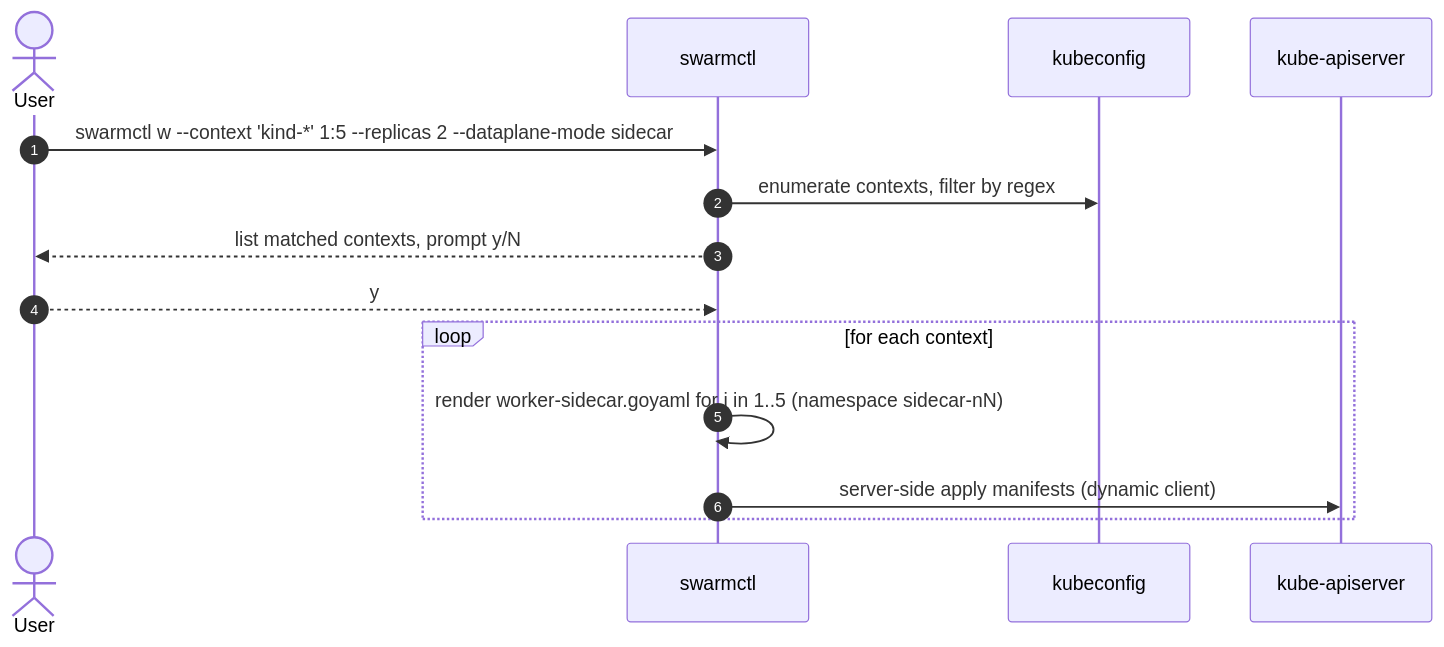
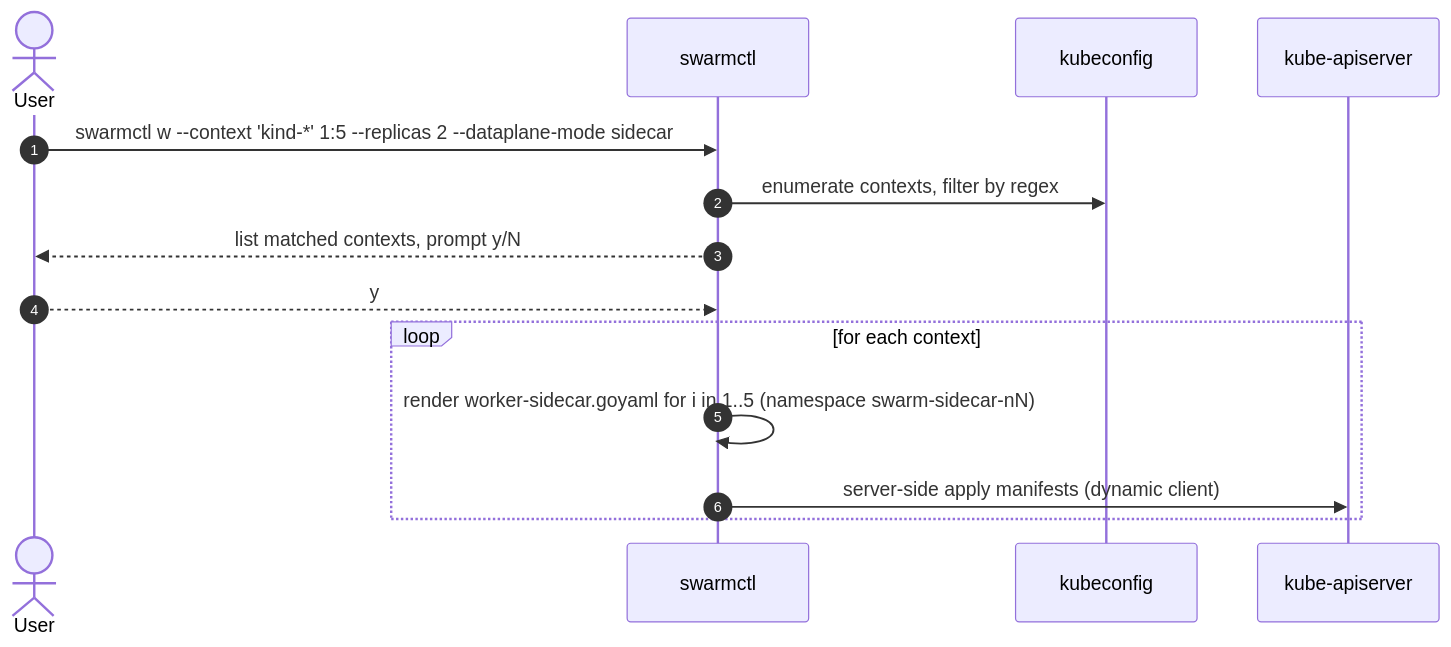
One commit to h0tbird/k-swarm changed the second of 6 diagrams in docs/architecture.md. Above: the diagram before and after it, drawn with Mermaid. The commit also changed other lines of this file, not shown here.

````diff
--- a/docs/architecture.md
+++ b/docs/architecture.md
@@ -145,17 +155,17 @@
 ```mermaid
 sequenceDiagram
     autonumber
     actor User
     participant SC as swarmctl
     participant KC as kubeconfig
     participant API as kube-apiserver
 
     User->>SC: swarmctl w --context 'kind-*' 1:5 --replicas 2 --dataplane-mode sidecar
     SC->>KC: enumerate contexts, filter by regex
     SC-->>User: list matched contexts, prompt y/N
     User-->>SC: y
     loop for each context
-        SC->>SC: render worker-sidecar.goyaml for i in 1..5 (namespace sidecar-nN)
+        SC->>SC: render worker-sidecar.goyaml for i in 1..5 (namespace swarm-sidecar-nN)
         SC->>API: server-side apply manifests (dynamic client)
     end
 ```
````
